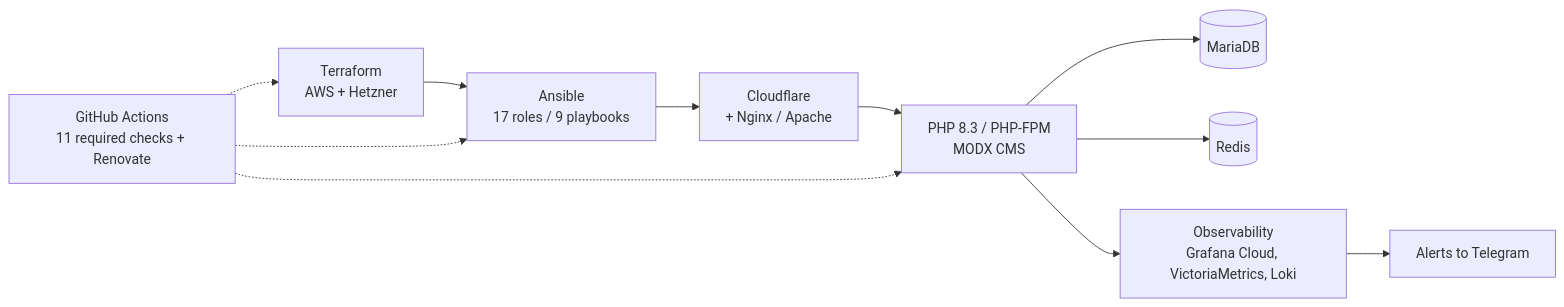
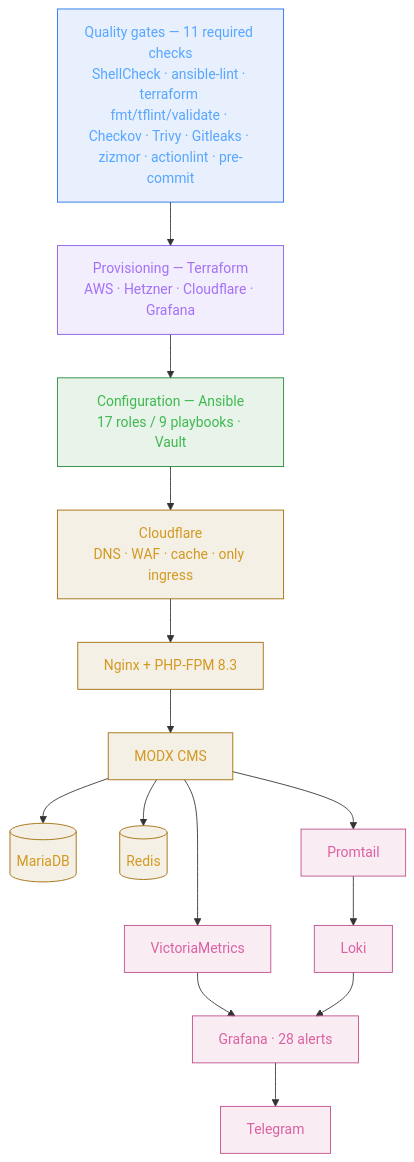
The diagram in readme.md (W1ckedS1ck/W1ckedS1ck), drawn with Mermaid before and after one commit. The commit also changed other lines of this file and 4 other files, not shown here.

````diff
--- a/readme.md
+++ b/readme.md
@@ -20,13 +73,31 @@
 ```mermaid
-flowchart LR
-    TF["Terraform<br/>AWS + Hetzner"] --> AN["Ansible<br/>17 roles / 9 playbooks"]
-    AN --> EDGE["Cloudflare<br/>+ Nginx / Apache"]
-    EDGE --> APP["PHP 8.3 / PHP-FPM<br/>MODX CMS"]
-    APP --> DB[("MariaDB")]
-    APP --> RE[("Redis")]
-    APP --> OBS["Observability<br/>Grafana Cloud, VictoriaMetrics, Loki"]
-    OBS --> TG["Alerts to Telegram"]
-    CI["GitHub Actions<br/>11 required checks + Renovate"] -.-> TF
-    CI -.-> AN
-    CI -.-> APP
+flowchart TB
+    G["Quality gates — 11 required checks<br/>ShellCheck · ansible-lint · terraform fmt/tflint/validate · Checkov · Trivy · Gitleaks · zizmor · actionlint · pre-commit"]
+    TF["Provisioning — Terraform<br/>AWS · Hetzner · Cloudflare · Grafana"]
+    AN["Configuration — Ansible<br/>17 roles / 9 playbooks · Vault"]
+    CF["Cloudflare<br/>DNS · WAF · cache · only ingress"]
+    NG["Nginx + PHP-FPM 8.3"]
+    APP["MODX CMS"]
+    DB[("MariaDB")]
+    RD[("Redis")]
+    VM["VictoriaMetrics"] --> GR["Grafana · 28 alerts"]
+    PT["Promtail"] --> LK["Loki"] --> GR
+    GR --> TG["Telegram"]
+
+    G --> TF --> AN --> CF --> NG --> APP
+    APP --> DB
+    APP --> RD
+    APP --> VM
+    APP --> PT
+
+    classDef gate fill:#1f6feb1a,stroke:#1f6feb,color:#58a6ff
+    classDef prov fill:#8957e51a,stroke:#8957e5,color:#a371f7
+    classDef conf fill:#2386361a,stroke:#238636,color:#3fb950
+    classDef run fill:#9e6a031a,stroke:#9e6a03,color:#d29922
+    classDef obs fill:#bf4b8a1a,stroke:#bf4b8a,color:#db61a2
+    class G gate
+    class TF prov
+    class AN conf
+    class CF,NG,APP,DB,RD run
+    class VM,GR,PT,LK,TG obs
 ```
````
